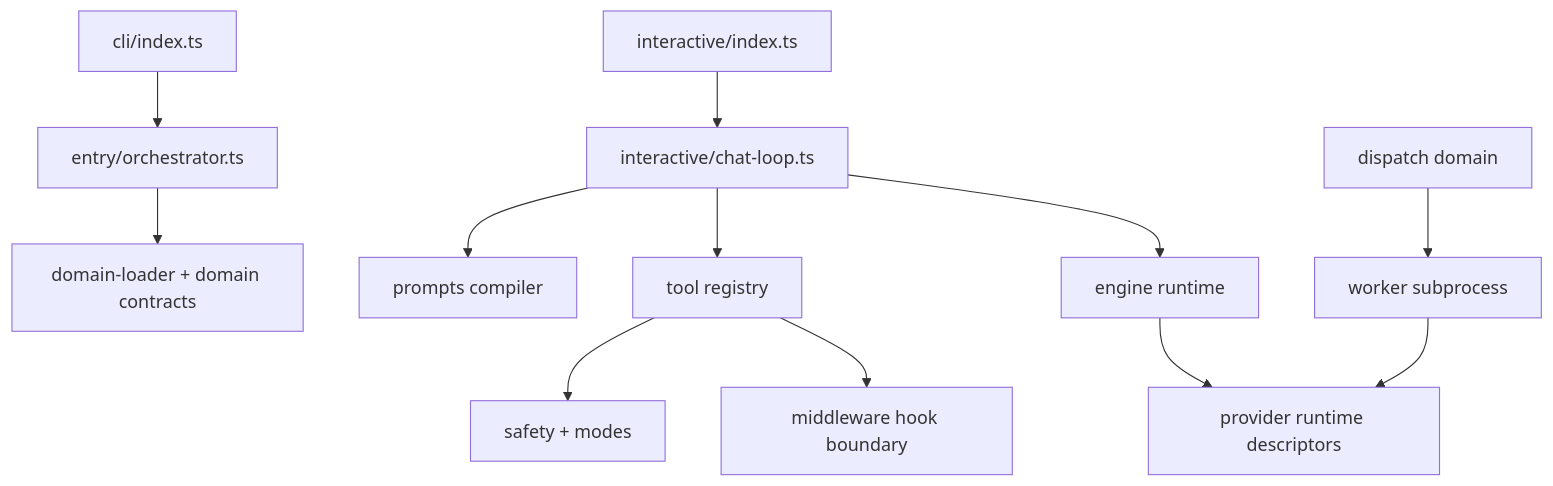
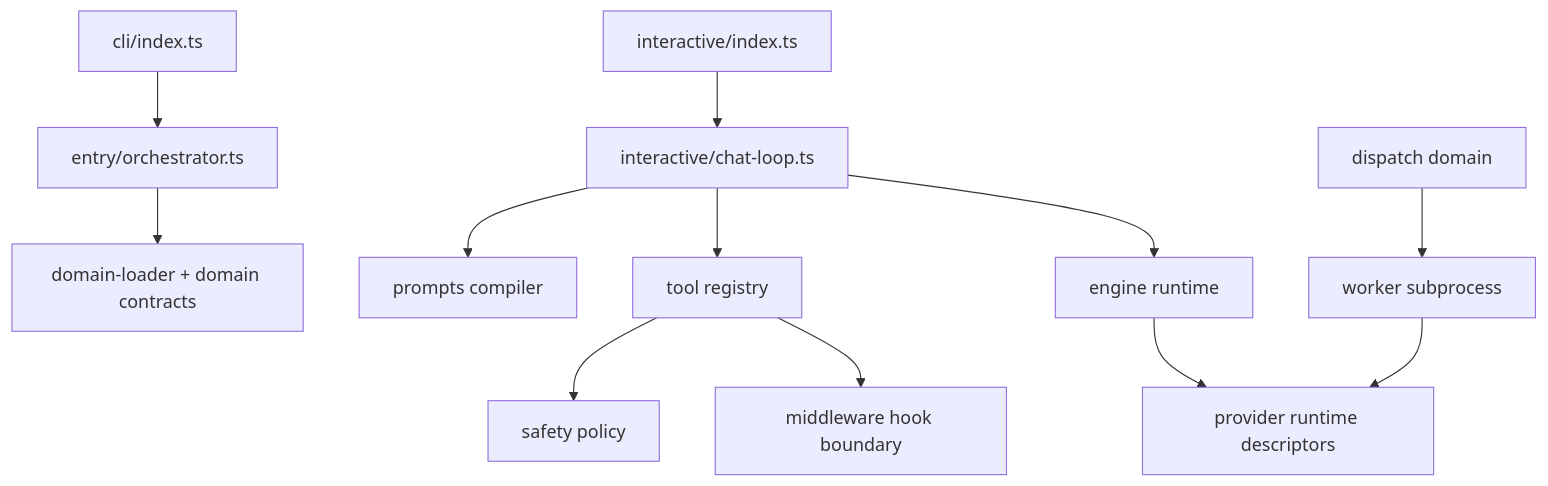
One commit to iowarp/clio-coder changed the diagram in docs/architecture.md. Above: the diagram before and after it, drawn with Mermaid. The commit also changed other lines of this file and 13 other files, not shown here.

````diff
--- a/docs/architecture.md
+++ b/docs/architecture.md
@@ -73,14 +73,14 @@
 ```mermaid
 graph TD
     CLI[cli/index.ts] --> ORCH[entry/orchestrator.ts]
     TUI[interactive/index.ts] --> LOOP[interactive/chat-loop.ts]
     ORCH --> DOMAINS[domain-loader + domain contracts]
     LOOP --> PROMPTS[prompts compiler]
     LOOP --> TOOLS[tool registry]
     LOOP --> ENGINE[engine runtime]
-    TOOLS --> SAFETY[safety + modes]
+    TOOLS --> SAFETY[safety policy]
     TOOLS --> MIDDLEWARE[middleware hook boundary]
     ENGINE --> PROVIDERS[provider runtime descriptors]
     DISPATCH[dispatch domain] --> WORKER[worker subprocess]
     WORKER --> PROVIDERS
 ```
````
